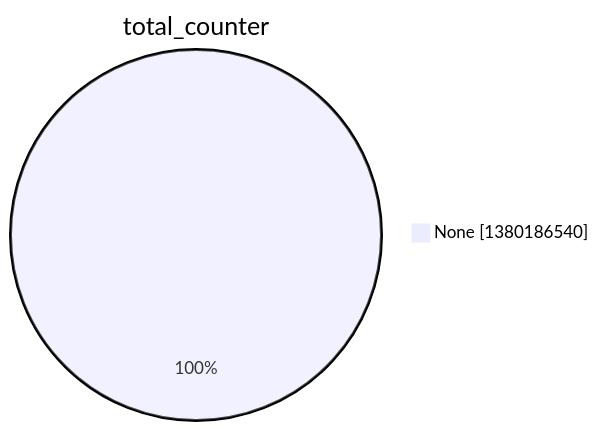
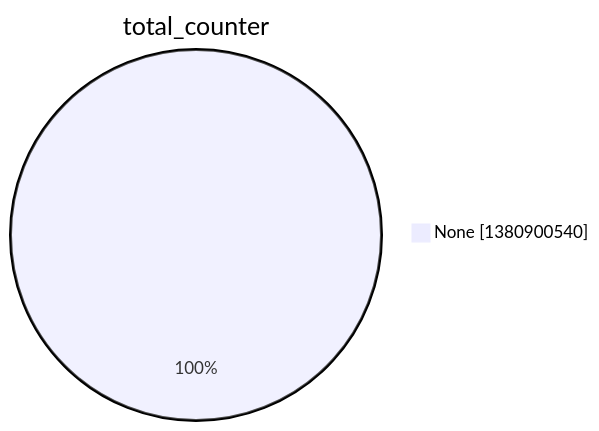
One commit to christiankrug/ctmonitor_visualization changed the second of 15 diagrams in argon2022/README.md. Above: the diagram before and after it, drawn with Mermaid. The commit also changed other lines of this file, not shown here.

````diff
--- a/argon2022/README.md
+++ b/argon2022/README.md
@@ -9,5 +9,5 @@
 ```mermaid
 pie showData
 title total_counter
-"None" :1380186540
+"None" :1380900540
 ```
````
